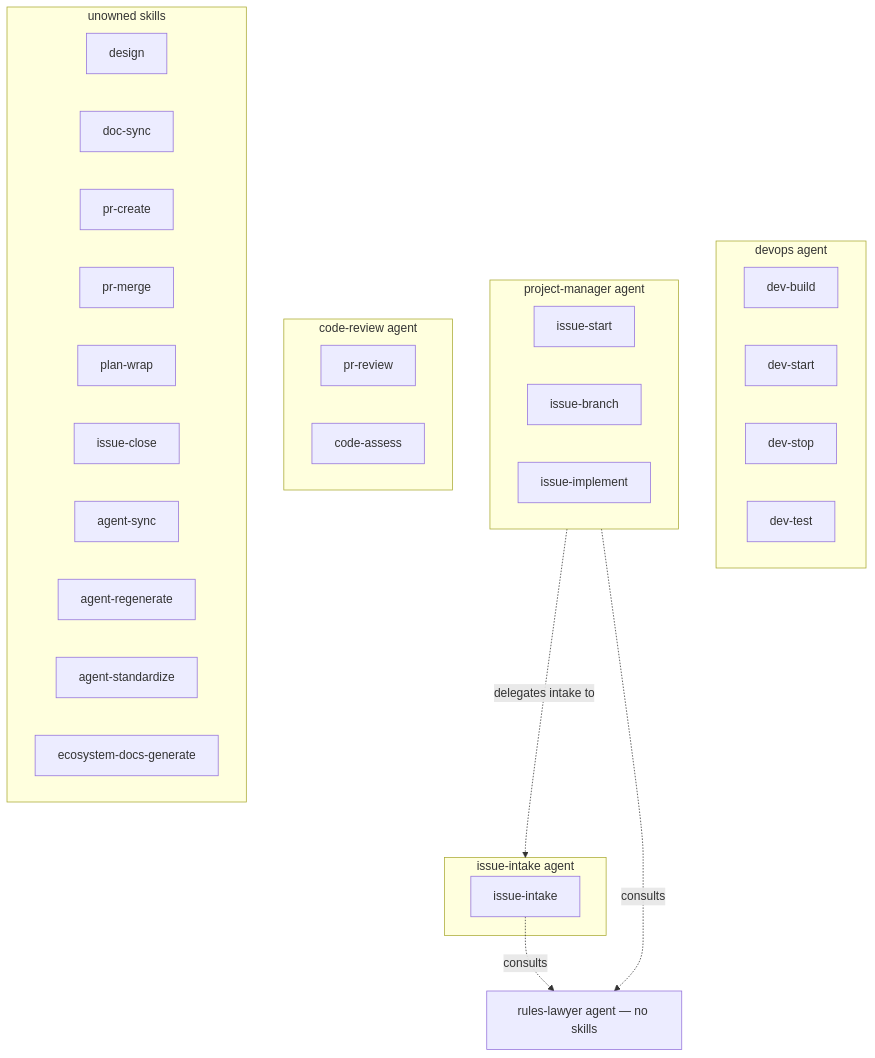
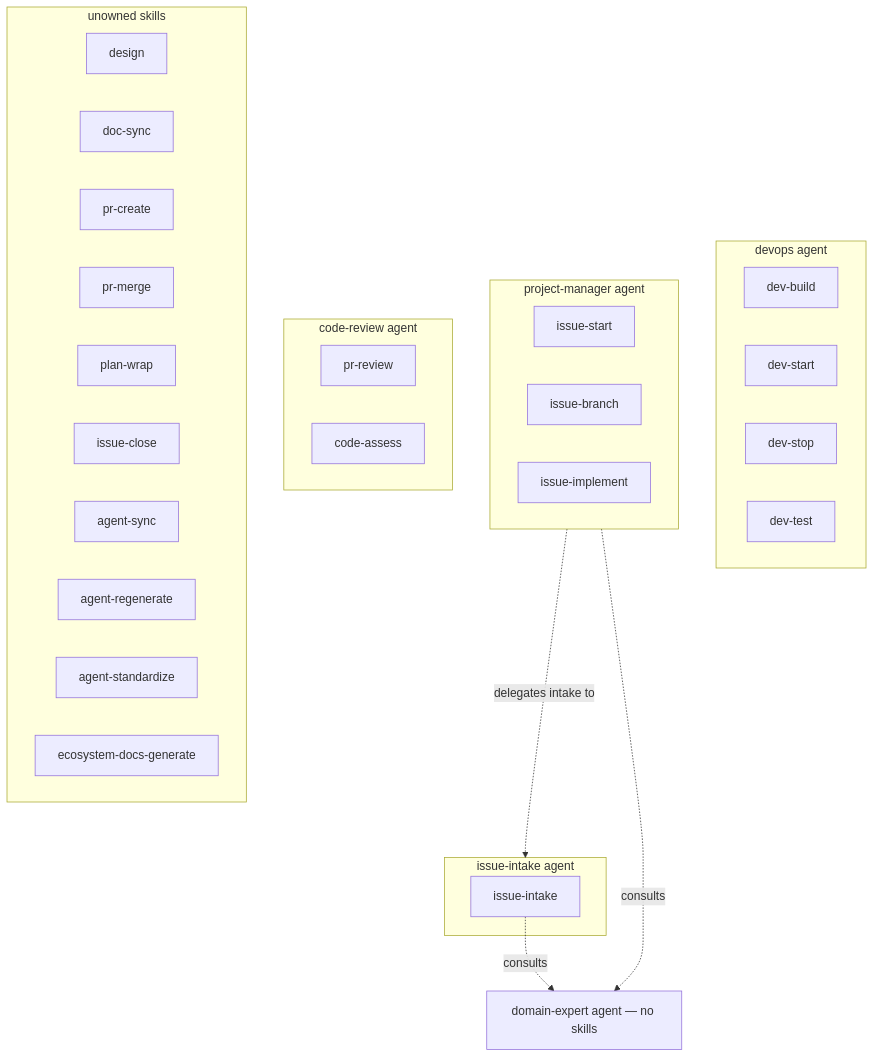
One commit to ashitaka-emishi/lob-online changed the first of 3 diagrams in docs/ecosystem-design.md. Above: the diagram before and after it, drawn with Mermaid. The commit also changed other lines of this file and 14 other files, not shown here.

Commit message:
#82 chore: rename rules-lawyer agent to domain-expert

````diff
--- a/docs/ecosystem-design.md
+++ b/docs/ecosystem-design.md
@@ -44,37 +44,37 @@
 ```mermaid
 graph TD
   subgraph devops[devops agent]
     dev-build
     dev-start
     dev-stop
     dev-test
   end
   subgraph pm[project-manager agent]
     issue-start
     issue-branch
     issue-implement
   end
   subgraph ii[issue-intake agent]
     issue-intake
   end
   subgraph cr[code-review agent]
     pr-review
     code-assess
   end
-  rl[rules-lawyer agent — no skills]
+  rl[domain-expert agent — no skills]
   subgraph standalone[unowned skills]
     design
     doc-sync
     pr-create
     pr-merge
     plan-wrap
     issue-close
     agent-sync
     agent-regenerate
     agent-standardize
     ecosystem-docs-generate
   end
   issue-intake -.->|consults| rl
   pm -.->|delegates intake to| ii
   pm -.->|consults| rl
 ```
````
